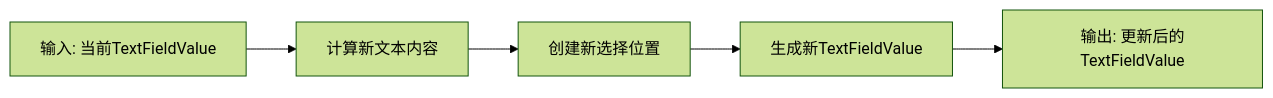
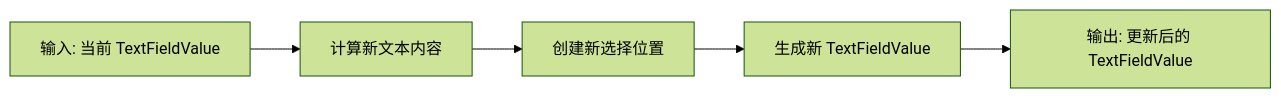
Before and after one commit to hyh19/compose-samples: the diagram in Jetchat/app/src/main/java/com/example/compose/jetchat/conversation/UserInput.kt.L207-219.md, drawn with Mermaid (forest theme).

````diff
--- a/Jetchat/app/src/main/java/com/example/compose/jetchat/conversation/UserInput.kt.L207-219.md
+++ b/Jetchat/app/src/main/java/com/example/compose/jetchat/conversation/UserInput.kt.L207-219.md
@@ -15,7 +15,7 @@
 ```mermaid
 flowchart LR
-    A[输入: 当前TextFieldValue] --> B[计算新文本内容]
+    A[输入: 当前 TextFieldValue] --> B[计算新文本内容]
     B --> C[创建新选择位置]
-    C --> D[生成新TextFieldValue]
-    D --> E[输出: 更新后的TextFieldValue]
+    C --> D[生成新 TextFieldValue]
+    D --> E[输出: 更新后的 TextFieldValue]
 ```
````
